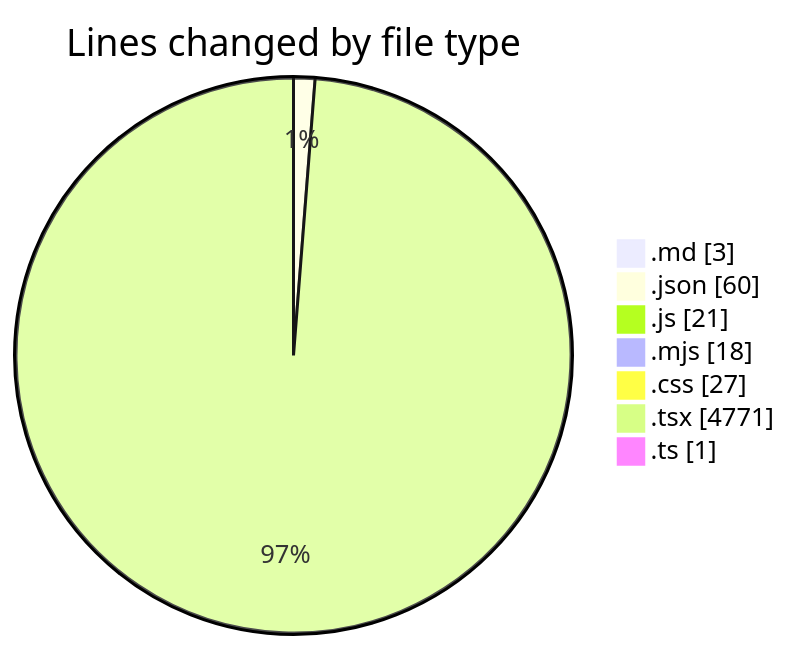
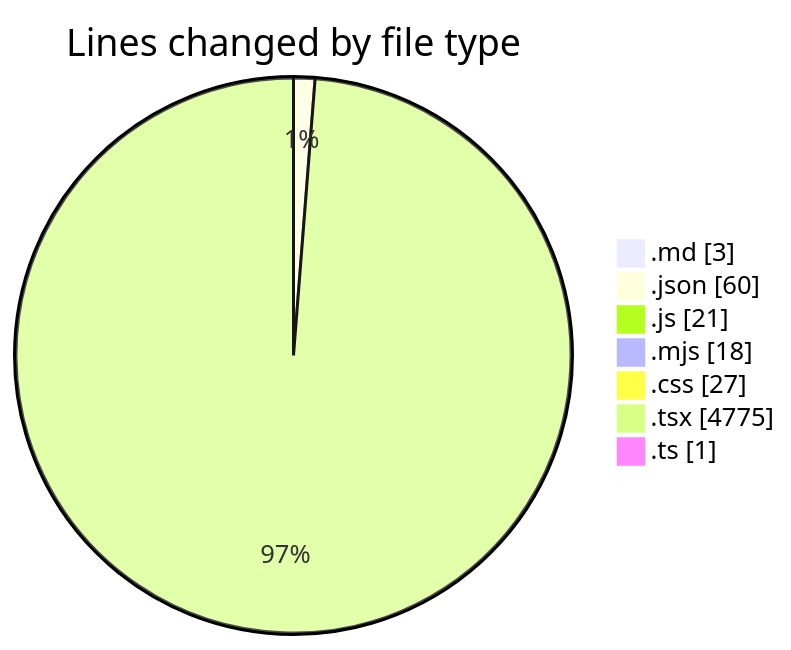
The first of 2 diagrams in 2025-06-18/scopesketch-app/README.md (Ritupan-Deka/code-tracking), drawn with Mermaid before and after one commit. The commit also changed other lines of this file and 1 other file, not shown here.

````diff
--- a/2025-06-18/scopesketch-app/README.md
+++ b/2025-06-18/scopesketch-app/README.md
@@ -31,11 +31,11 @@
 ```mermaid
 pie showData
 title Lines changed by file type
 ".md" : 3
 ".json" : 60
 ".js" : 21
 ".mjs" : 18
 ".css" : 27
-".tsx" : 4771
+".tsx" : 4775
 ".ts" : 1
 ```
````
